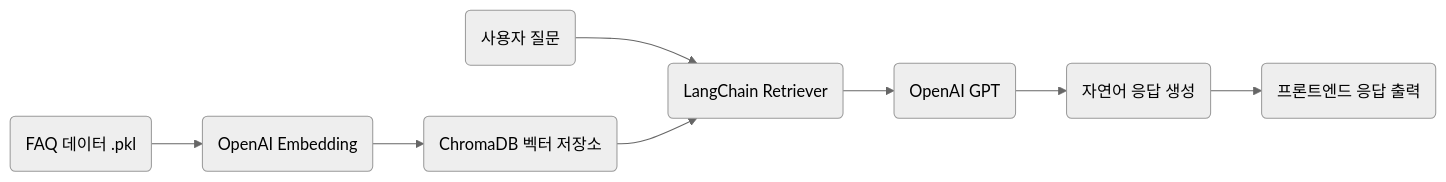
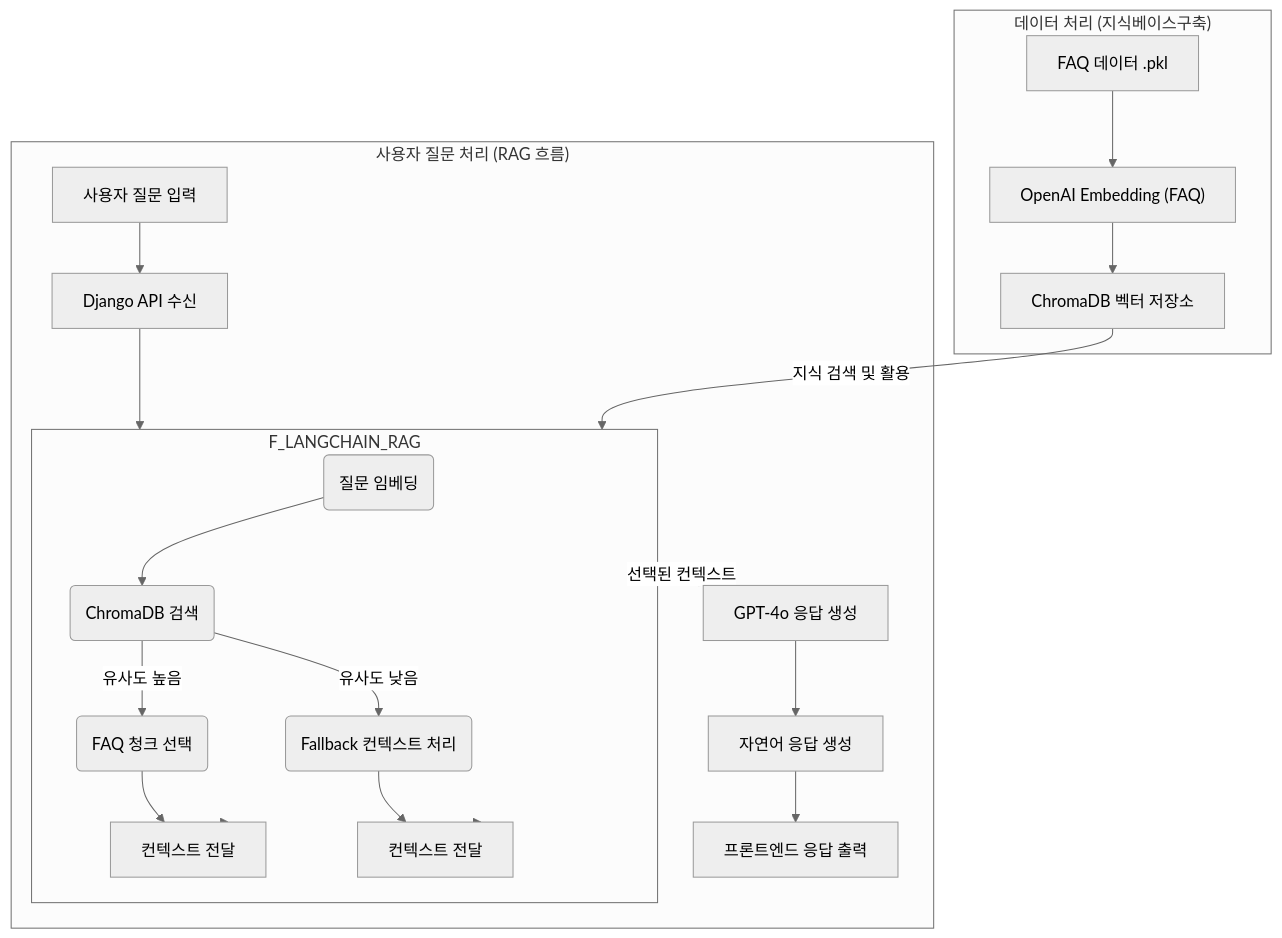
Before and after one commit to Bae-Sunny/smartstore-faq-chatbot: the diagram in README.md, drawn with Mermaid (neutral theme).

````diff
--- a/README.md
+++ b/README.md
@@ -98,10 +98,34 @@
 ```mermaid
-graph LR
-    A(FAQ 데이터 .pkl) --> B(OpenAI Embedding)
-    B --> C(ChromaDB 벡터 저장소)
-    D(사용자 질문) --> E(LangChain Retriever)
-    C --> E
-    E --> F(OpenAI GPT)
-    F --> G(자연어 응답 생성)
-    G --> H(프론트엔드 응답 출력)
+graph TD
+    subgraph "데이터 처리 (지식베이스구축)"
+        A_FAQ[FAQ 데이터 .pkl] --> B_EMBED_FAQ["OpenAI Embedding (FAQ)"]
+        B_EMBED_FAQ --> C_CHROMA_STORE[ChromaDB 벡터 저장소]
+    end
+
+    subgraph "사용자 질문 처리 (RAG 흐름)"
+        D_USER_Q[사용자 질문 입력] --> E_DJANGO_API[Django API 수신]
+        E_DJANGO_API --> F_LANGCHAIN_RAG[LangChain RAG 모듈]
+        F_LANGCHAIN_RAG -->|선택된 컨텍스트| G_GPT[GPT-4o 응답 생성]
+        G_GPT --> H_N_RESPONSE[자연어 응답 생성]
+        H_N_RESPONSE --> I_FRONTEND[프론트엔드 응답 출력]
+    end
+
+    %% 핵심 연결: 지식 베이스와 RAG 모듈
+    C_CHROMA_STORE -- 지식 검색 및 활용 --> F_LANGCHAIN_RAG
+    
+    %% RAG 모듈 내부 설명 (주요 동작들을 포함)
+    subgraph F_LANGCHAIN_RAG
+        F_LANGCHAIN_RAG_A(질문 임베딩)
+        F_LANGCHAIN_RAG_B(ChromaDB 검색)
+        F_LANGCHAIN_RAG_C(FAQ 청크 선택)
+        F_LANGCHAIN_RAG_D(Fallback 컨텍스트 처리)
+
+        F_LANGCHAIN_RAG_A --> F_LANGCHAIN_RAG_B
+        F_LANGCHAIN_RAG_B -->|유사도 높음| F_LANGCHAIN_RAG_C
+        F_LANGCHAIN_RAG_B -->|유사도 낮음| F_LANGCHAIN_RAG_D
+
+        %% 중간 노드로 컨텍스트 전달 표현
+        F_LANGCHAIN_RAG_C --> CTX_C["컨텍스트 전달"] --> F_LANGCHAIN_RAG
+        F_LANGCHAIN_RAG_D --> CTX_D["컨텍스트 전달"] --> F_LANGCHAIN_RAG
+    end
 ```
````
